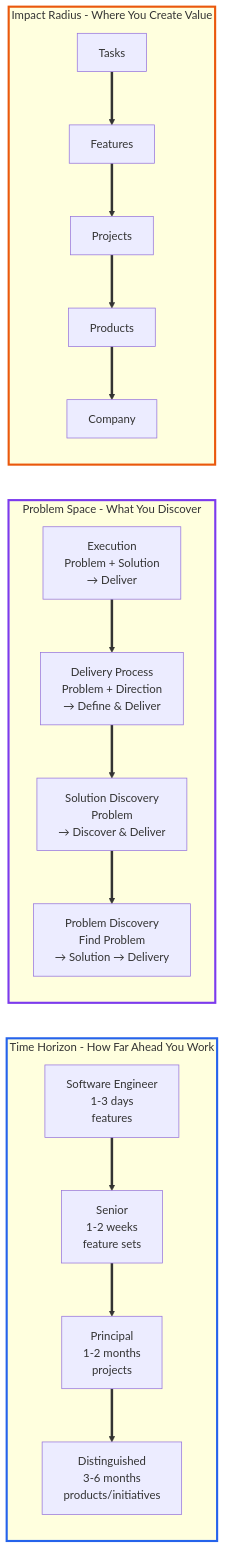
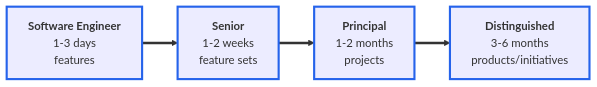
Before and after one commit to withcaldera/engineering-framework: the first of 3 diagrams in README.md, drawn with Mermaid. The commit also changed other lines of this file and 1 other file, not shown here.

````diff
--- a/README.md
+++ b/README.md
@@ -34,31 +36,13 @@
 ```mermaid
 flowchart LR
-    subgraph Time[Time Horizon - How Far Ahead You Work]
-        T1[Software Engineer<br/>1-3 days<br/>features]
-        T2[Senior<br/>1-2 weeks<br/>feature sets]
-        T3[Principal<br/>1-2 months<br/>projects]
-        T4[Distinguished<br/>3-6 months<br/>products/initiatives]
-        T1 ==> T2 ==> T3 ==> T4
-    end
-    
-    subgraph Problem[Problem Space - What You Discover]
-        P1[Execution<br/>Problem + Solution<br/>→ Deliver]
-        P2[Delivery Process<br/>Problem + Direction<br/>→ Define & Deliver]
-        P3[Solution Discovery<br/>Problem<br/>→ Discover & Deliver]
-        P4[Problem Discovery<br/>Find Problem<br/>→ Solution → Delivery]
-        P1 ==> P2 ==> P3 ==> P4
-    end
-    
-    subgraph Impact[Impact Radius - Where You Create Value]
-        I1[Tasks]
-        I2[Features]
-        I3[Projects]
-        I4[Products]
-        I5[Company]
-        I1 ==> I2 ==> I3 ==> I4 ==> I5
-    end
-    
-    style Time stroke:#2563eb,stroke-width:3px
-    style Problem stroke:#7c3aed,stroke-width:3px
-    style Impact stroke:#ea580c,stroke-width:3px
+    T1[<b>Software Engineer</b><br/>1-3 days<br/>features]
+    T2[<b>Senior</b><br/>1-2 weeks<br/>feature sets]
+    T3[<b>Principal</b><br/>1-2 months<br/>projects]
+    T4[<b>Distinguished</b><br/>3-6 months<br/>products/initiatives]
+    T1 ==> T2 ==> T3 ==> T4
+
+    style T1 stroke:#2563eb,stroke-width:3px
+    style T2 stroke:#2563eb,stroke-width:3px
+    style T3 stroke:#2563eb,stroke-width:3px
+    style T4 stroke:#2563eb,stroke-width:3px
 ```
````
